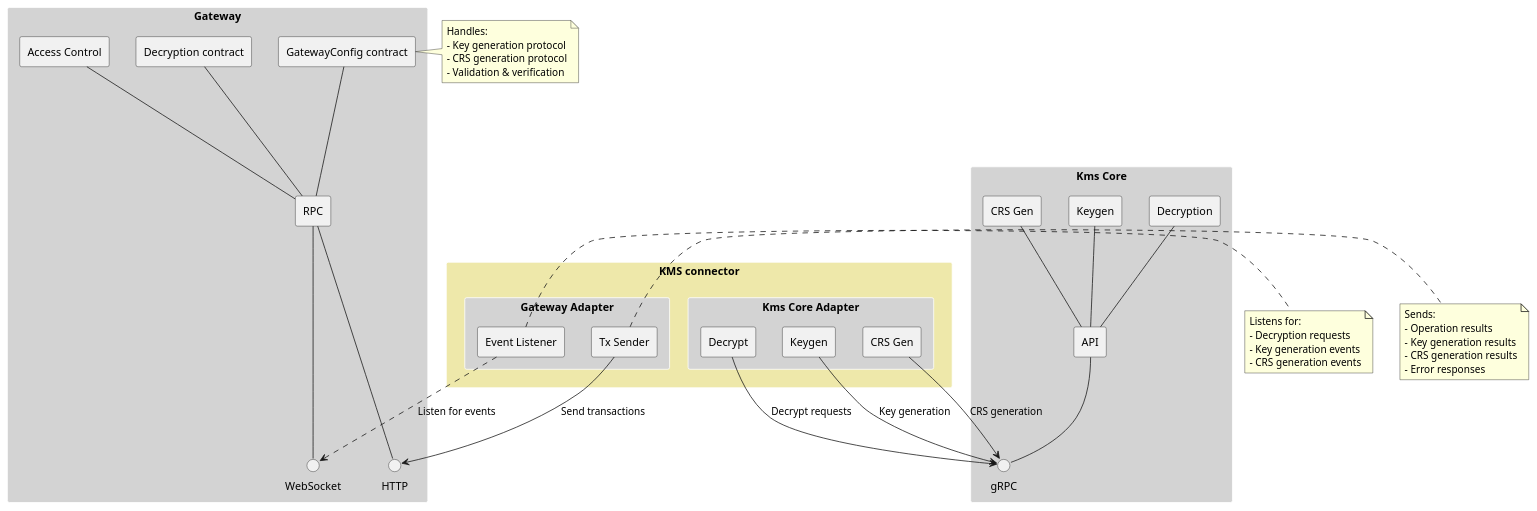
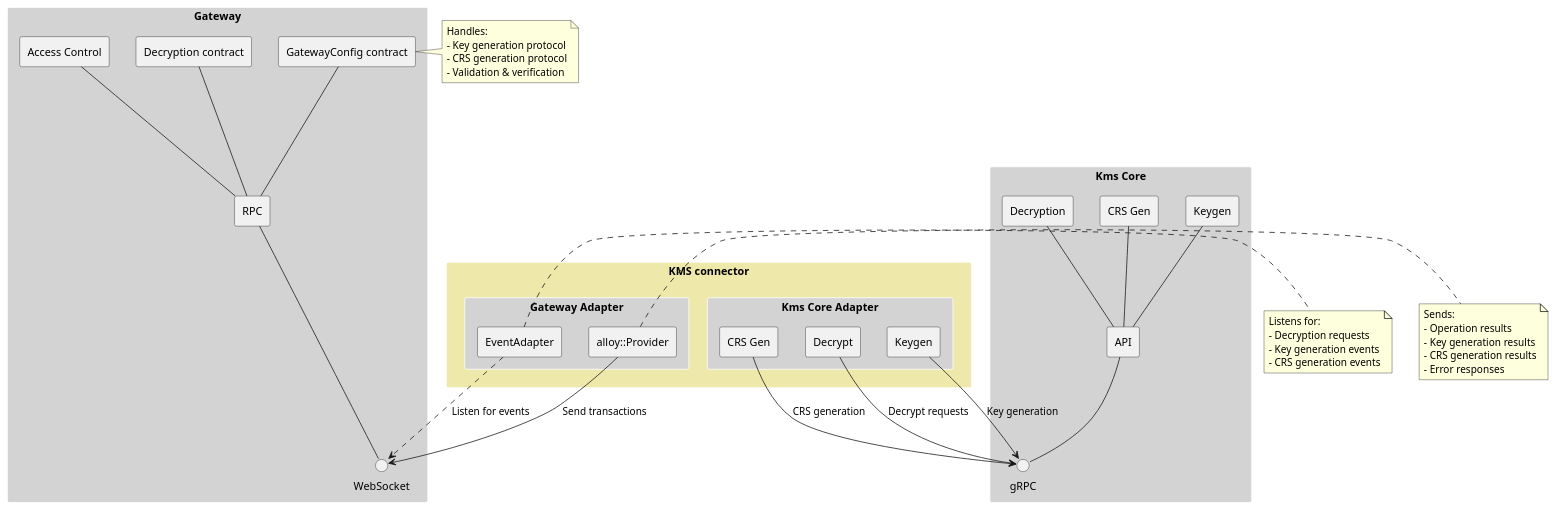
The second of 4 diagrams in design_docs/connector.md (zama-ai/fhevm), drawn with PlantUML before and after one commit. The commit also changed other lines of this file and 8 other files, not shown here.

```diff
--- a/design_docs/connector.md
+++ b/design_docs/connector.md
@@ -173,7 +168,6 @@
     component "Access Control" as gateway_accessControl
     component "RPC" as gateway_rpc
     () "WebSocket" as gateway_ws
-    () "HTTP" as gateway_http
 }
 
 package "Kms Core" as kmsCore {
@@ -186,8 +180,8 @@
 
 package "KMS connector" #PaleGoldenRod {
     package "Gateway Adapter" {
-        component "Event Listener" as connector_eventListener
-        component "Tx Sender" as connector_txSender
+        component "EventAdapter" as connector_eventAdapter
+        component "alloy::Provider" as connector_provider
     }
 
     package "Kms Core Adapter" {
@@ -198,7 +192,6 @@
 }
 
 ' Internal Gateway connections
-gateway_rpc --- gateway_http
 gateway_rpc --- gateway_ws
 gateway_decryption --- gateway_rpc
 gateway_config --- gateway_rpc
@@ -211,22 +204,22 @@
 kmsCore_decryption -- kmsCore_api
 
 ' KMS Connector to Gateway connections
-connector_eventListener ..> gateway_ws: Listen for events
-connector_txSender --> gateway_http: Send transactions
+connector_eventAdapter ..> gateway_ws: Listen for events
+connector_provider --> gateway_ws: Send transactions
 
 ' KMS Connector to KMS Core connections
 connector_decrypt --> kmsCore_grpc: Decrypt requests
 connector_keygen --> kmsCore_grpc: Key generation
 connector_crsgen --> kmsCore_grpc: CRS generation
 
-note right of connector_eventListener
+note right of connector_eventAdapter
   Listens for:
   - Decryption requests
   - Key generation events
   - CRS generation events
 end note
 
-note right of connector_txSender
+note right of connector_provider
   Sends:
   - Operation results
   - Key generation results
```
